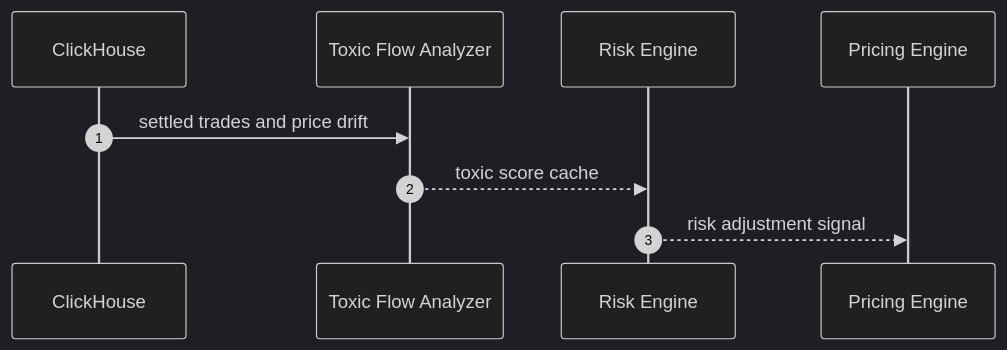
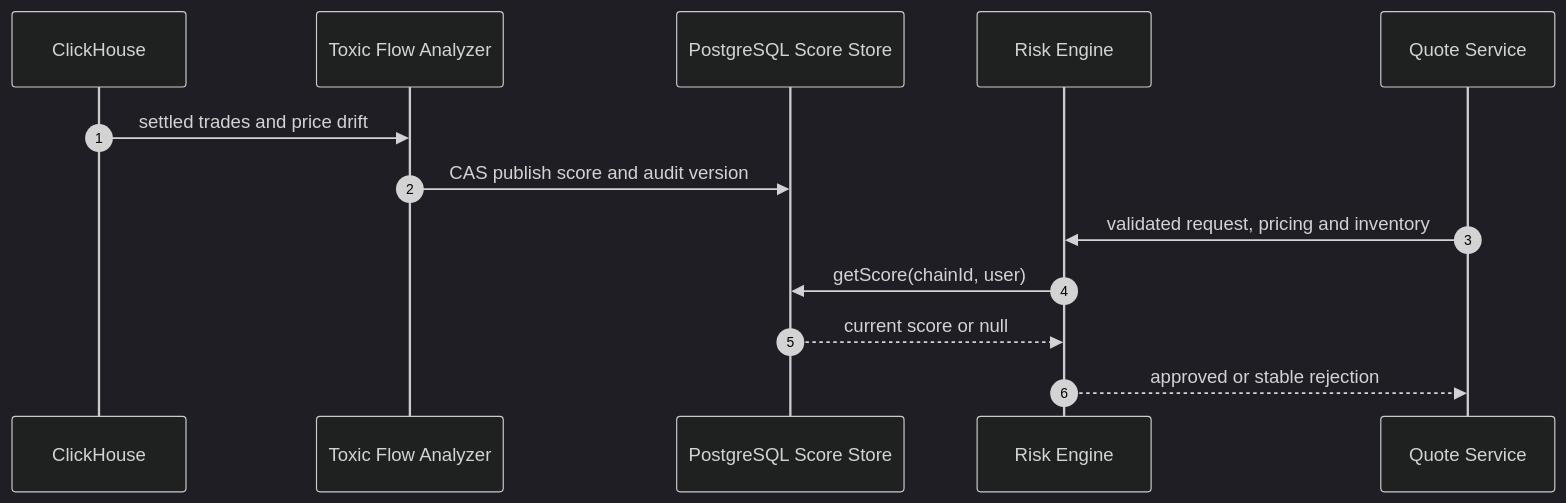
The second of 3 diagrams in book/Volume3-RiskEngine/Chapter06-Toxic-Flow.md (alvis-ai/production-grade-web3-rfq-market-maker), drawn with Mermaid (dark theme) before and after one commit. The commit also changed other lines of this file and 47 other files, not shown here.

Commit message:
feat: add dynamic toxic flow risk scores

````diff
--- a/book/Volume3-RiskEngine/Chapter06-Toxic-Flow.md
+++ b/book/Volume3-RiskEngine/Chapter06-Toxic-Flow.md
@@ -69,12 +69,16 @@
 ```mermaid
 sequenceDiagram
   autonumber
   participant CH as ClickHouse
   participant T as Toxic Flow Analyzer
+  participant S as PostgreSQL Score Store
   participant R as Risk Engine
-  participant P as Pricing Engine
+  participant Q as Quote Service
 
   CH->>T: settled trades and price drift
-  T-->>R: toxic score cache
-  R-->>P: risk adjustment signal
+  T->>S: CAS publish score and audit version
+  Q->>R: validated request, pricing and inventory
+  R->>S: getScore(chainId, user)
+  S-->>R: current score or null
+  R-->>Q: approved or stable rejection
 ```
````
